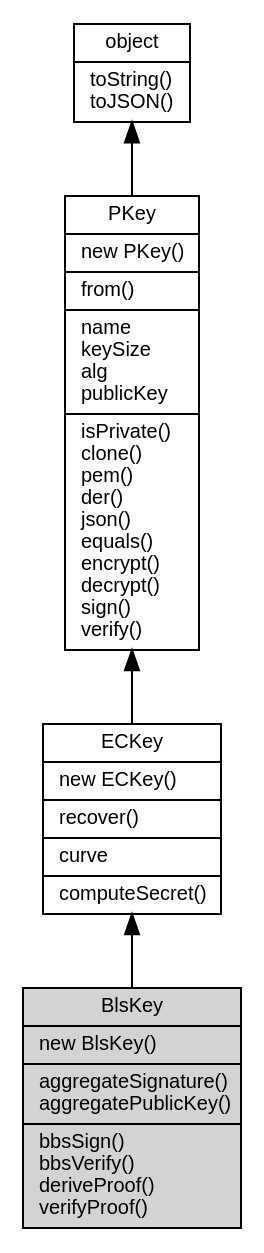
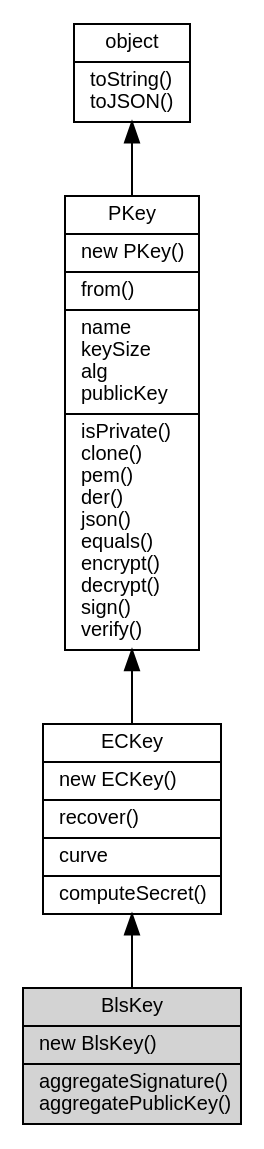
One commit to fibjs/fibjs.org changed the diagram in docs/manual/object/ifs/BlsKey.md. Above: the diagram before and after it, drawn with Graphviz. The commit also changed other lines of this file and 16 other files, not shown here.

````diff
--- a/docs/manual/object/ifs/BlsKey.md
+++ b/docs/manual/object/ifs/BlsKey.md
@@ -5,14 +5,14 @@
 ```dot
 digraph {
     node [fontname="Helvetica,sans-Serif", fontsize=10, shape="record", style="filled", fillcolor="white"];
 
     object [tooltip="object", URL="object.md", label="{object|toString()\ltoJSON()\l}"];
     PKey [tooltip="PKey", URL="PKey.md", label="{PKey|new PKey()\l|from()\l|name\lkeySize\lalg\lpublicKey\l|isPrivate()\lclone()\lpem()\lder()\ljson()\lequals()\lencrypt()\ldecrypt()\lsign()\lverify()\l}"];
     ECKey [tooltip="ECKey", URL="ECKey.md", label="{ECKey|new ECKey()\l|recover()\l|curve\l|computeSecret()\l}"];
-    BlsKey [tooltip="BlsKey", fillcolor="lightgray", id="me", label="{BlsKey|new BlsKey()\l|aggregateSignature()\laggregatePublicKey()\l|bbsSign()\lbbsVerify()\lderiveProof()\lverifyProof()\l}"];
+    BlsKey [tooltip="BlsKey", fillcolor="lightgray", id="me", label="{BlsKey|new BlsKey()\l|aggregateSignature()\laggregatePublicKey()\l}"];
 
     object -> PKey [dir=back];
     PKey -> ECKey [dir=back];
     ECKey -> BlsKey [dir=back];
 }
 ```
````
